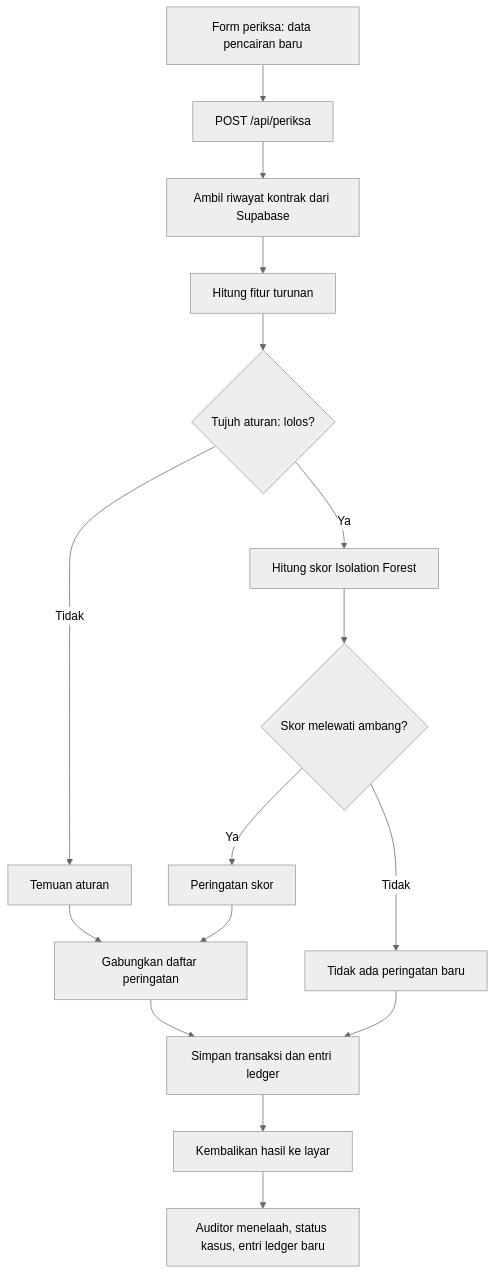
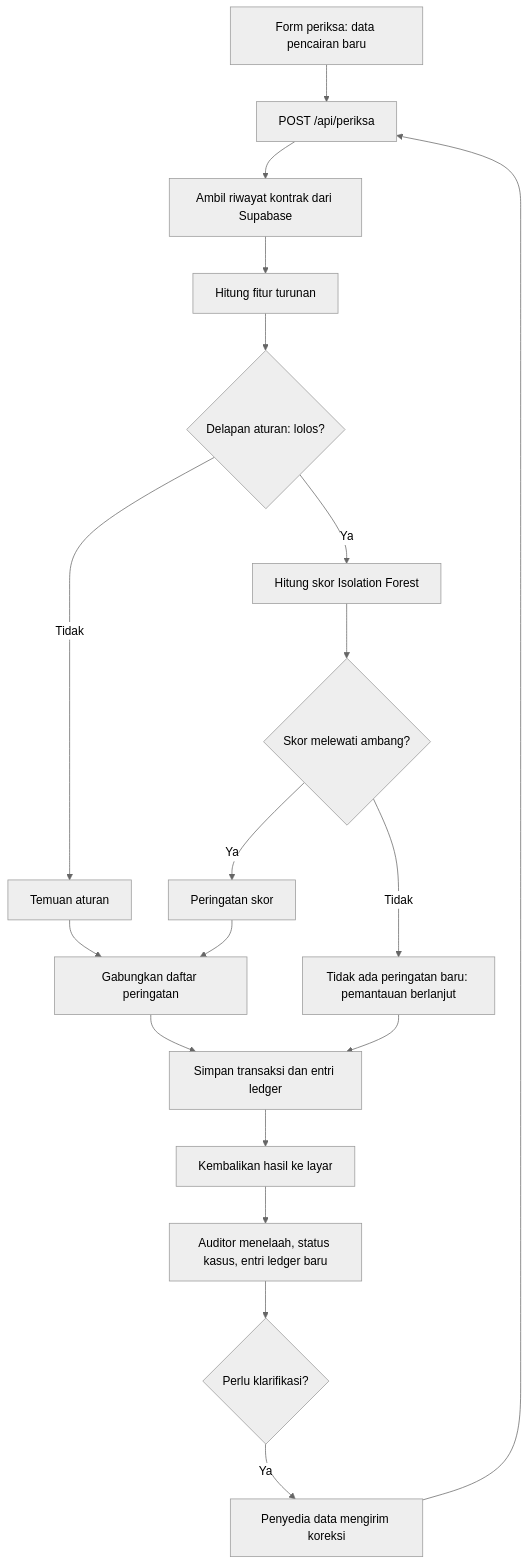
The diagram in docs/ARCHITECTURE.md (zeovarince/Green-sukuk), drawn with Mermaid (neutral theme) before and after one commit. The commit also changed other lines of this file and 54 other files, not shown here.

````diff
--- a/docs/ARCHITECTURE.md
+++ b/docs/ARCHITECTURE.md
@@ -29,18 +31,21 @@
 ```mermaid
 flowchart TD
     A[Form periksa: data pencairan baru] --> B[POST /api/periksa]
     B --> C[Ambil riwayat kontrak dari Supabase]
     C --> D[Hitung fitur turunan]
-    D --> E{Tujuh aturan: lolos?}
+    D --> E{Delapan aturan: lolos?}
     E -- Tidak --> F[Temuan aturan]
     E -- Ya --> G[Hitung skor Isolation Forest]
     G --> H{Skor melewati ambang?}
     H -- Ya --> I[Peringatan skor]
-    H -- Tidak --> J[Tidak ada peringatan baru]
+    H -- Tidak --> J[Tidak ada peringatan baru: pemantauan berlanjut]
     F --> K[Gabungkan daftar peringatan]
     I --> K
     J --> L[Simpan transaksi dan entri ledger]
     K --> L
     L --> M[Kembalikan hasil ke layar]
     M --> N[Auditor menelaah, status kasus, entri ledger baru]
+    N --> O{Perlu klarifikasi?}
+    O -- Ya --> P[Penyedia data mengirim koreksi]
+    P --> B
 ```
````
